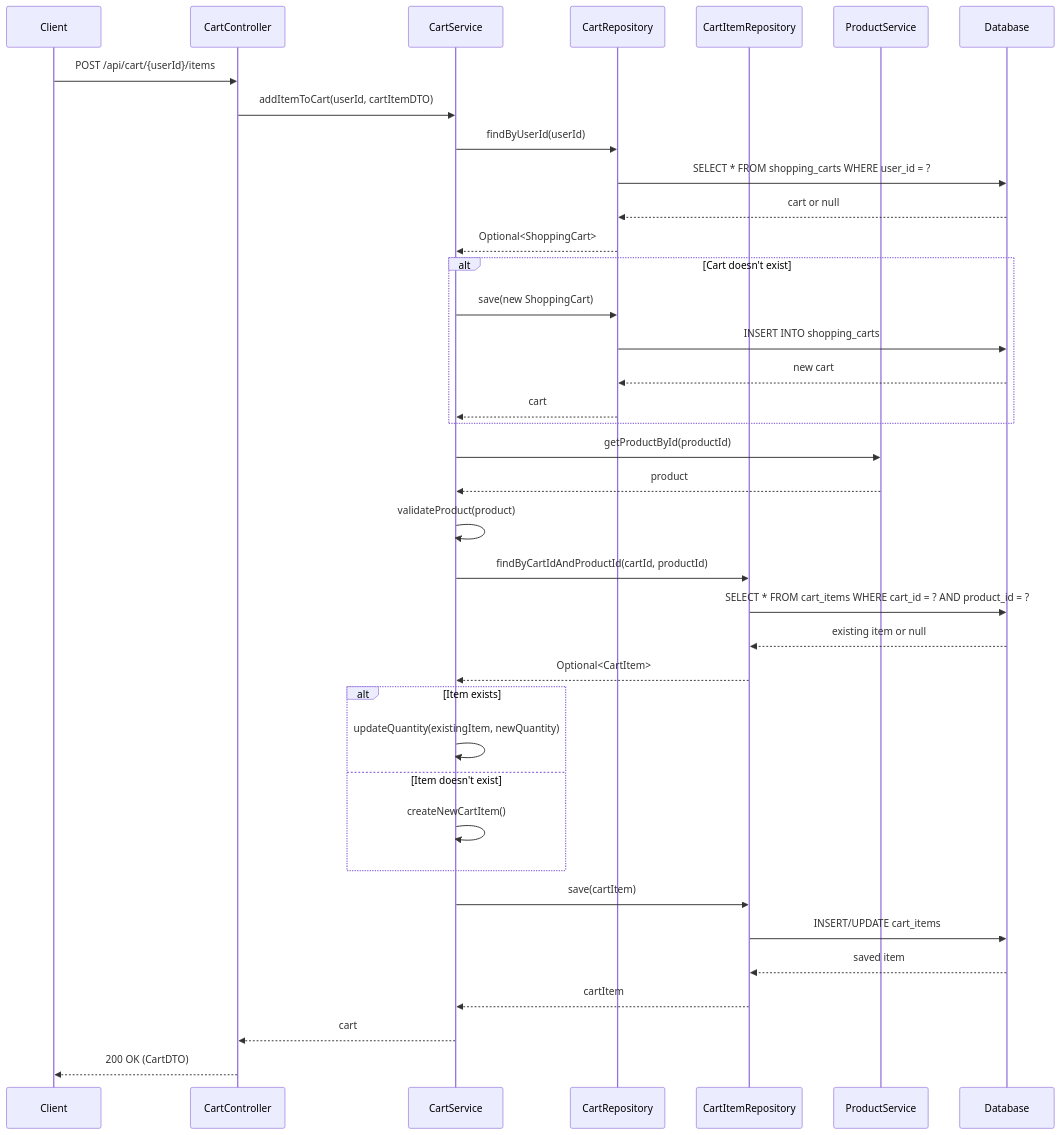
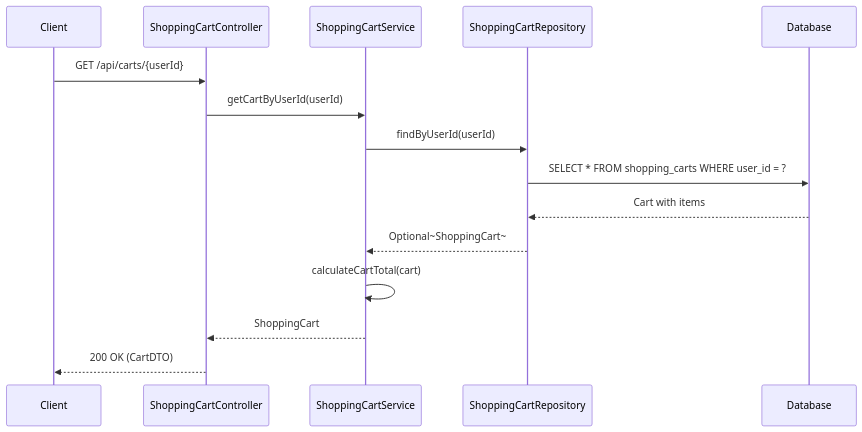
Diagram 11 of 13 in docs/LLD/modified_lld.md (NavneetBN47/aava-ecom-demo), drawn with Mermaid before and after one commit. The commit also changed other lines of this file, not shown here.

````diff
--- a/docs/LLD/modified_lld.md
+++ b/docs/LLD/modified_lld.md
@@ -536,45 +498,18 @@
 ```mermaid
 sequenceDiagram
     participant Client
-    participant CartController
-    participant CartService
-    participant CartRepository
-    participant CartItemRepository
-    participant ProductService
+    participant ShoppingCartController
+    participant ShoppingCartService
+    participant ShoppingCartRepository
     participant Database
 
-    Client->>CartController: POST /api/cart/{userId}/items
-    CartController->>CartService: addItemToCart(userId, cartItemDTO)
-    CartService->>CartRepository: findByUserId(userId)
-    CartRepository->>Database: SELECT * FROM shopping_carts WHERE user_id = ?
-    Database-->>CartRepository: cart or null
-    CartRepository-->>CartService: Optional<ShoppingCart>
-    
-    alt Cart doesn't exist
-        CartService->>CartRepository: save(new ShoppingCart)
-        CartRepository->>Database: INSERT INTO shopping_carts
-        Database-->>CartRepository: new cart
-        CartRepository-->>CartService: cart
-    end
-    
-    CartService->>ProductService: getProductById(productId)
-    ProductService-->>CartService: product
-    CartService->>CartService: validateProduct(product)
-    CartService->>CartItemRepository: findByCartIdAndProductId(cartId, productId)
-    CartItemRepository->>Database: SELECT * FROM cart_items WHERE cart_id = ? AND product_id = ?
-    Database-->>CartItemRepository: existing item or null
-    CartItemRepository-->>CartService: Optional<CartItem>
-    
-    alt Item exists
-        CartService->>CartService: updateQuantity(existingItem, newQuantity)
-    else Item doesn't exist
-        CartService->>CartService: createNewCartItem()
-    end
-    
-    CartService->>CartItemRepository: save(cartItem)
-    CartItemRepository->>Database: INSERT/UPDATE cart_items
-    Database-->>CartItemRepository: saved item
-    CartItemRepository-->>CartService: cartItem
-    CartService-->>CartController: cart
-    CartController-->>Client: 200 OK (CartDTO)
+    Client->>ShoppingCartController: GET /api/carts/{userId}
+    ShoppingCartController->>ShoppingCartService: getCartByUserId(userId)
+    ShoppingCartService->>ShoppingCartRepository: findByUserId(userId)
+    ShoppingCartRepository->>Database: SELECT * FROM shopping_carts WHERE user_id = ?
+    Database-->>ShoppingCartRepository: Cart with items
+    ShoppingCartRepository-->>ShoppingCartService: Optional~ShoppingCart~
+    ShoppingCartService->>ShoppingCartService: calculateCartTotal(cart)
+    ShoppingCartService-->>ShoppingCartController: ShoppingCart
+    ShoppingCartController-->>Client: 200 OK (CartDTO)
 ```
````
